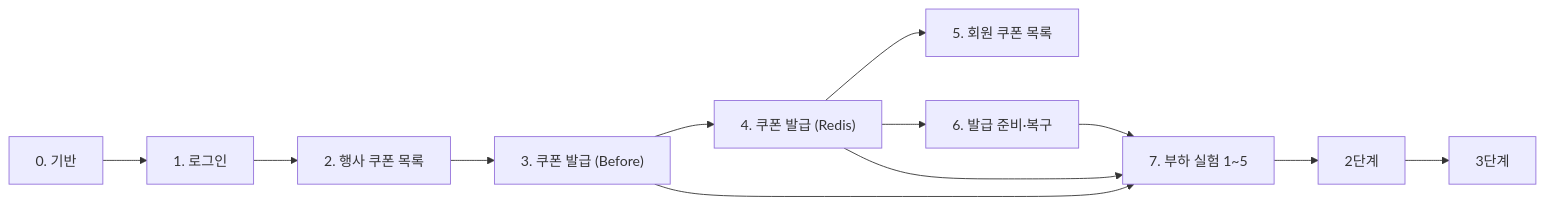
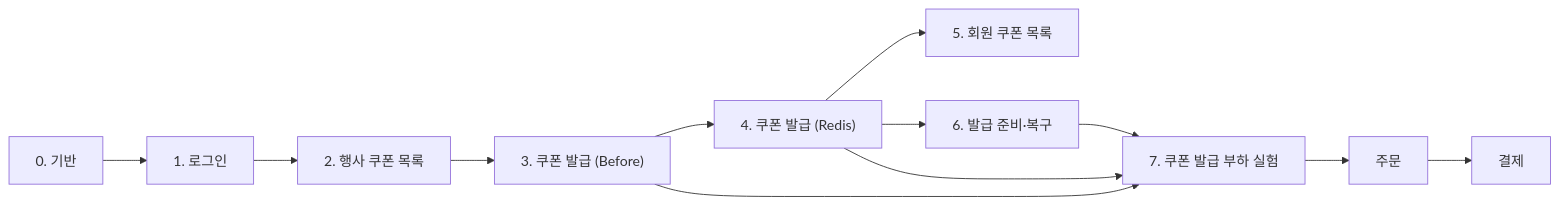
The diagram in docs/reference/roadmap.md (KAPUIST/flash-gate), drawn with Mermaid before and after one commit. The commit also changed other lines of this file and 33 other files, not shown here.

````diff
--- a/docs/reference/roadmap.md
+++ b/docs/reference/roadmap.md
@@ -6,14 +6,14 @@
 ```mermaid
 flowchart LR
     T0["0. 기반"] --> T1["1. 로그인"]
     T1 --> T2["2. 행사 쿠폰 목록"]
     T2 --> T3["3. 쿠폰 발급 (Before)"]
     T3 --> T4["4. 쿠폰 발급 (Redis)"]
     T4 --> T5["5. 회원 쿠폰 목록"]
     T4 --> T6["6. 발급 준비·복구"]
-    T3 --> T7["7. 부하 실험 1~5"]
+    T3 --> T7["7. 쿠폰 발급 부하 실험"]
     T4 --> T7
     T6 --> T7
-    T7 --> S2["2단계"]
-    S2 --> S3["3단계"]
+    T7 --> S2["주문"]
+    S2 --> S3["결제"]
 ```
````
